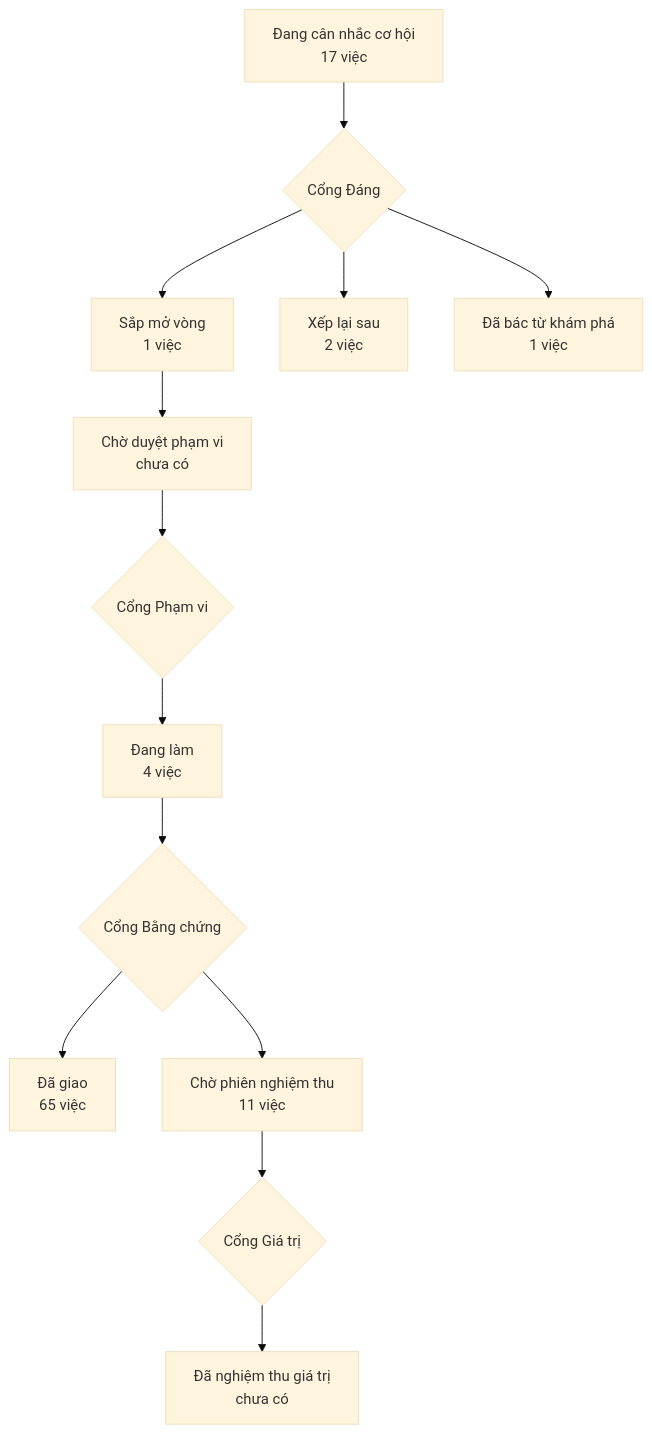
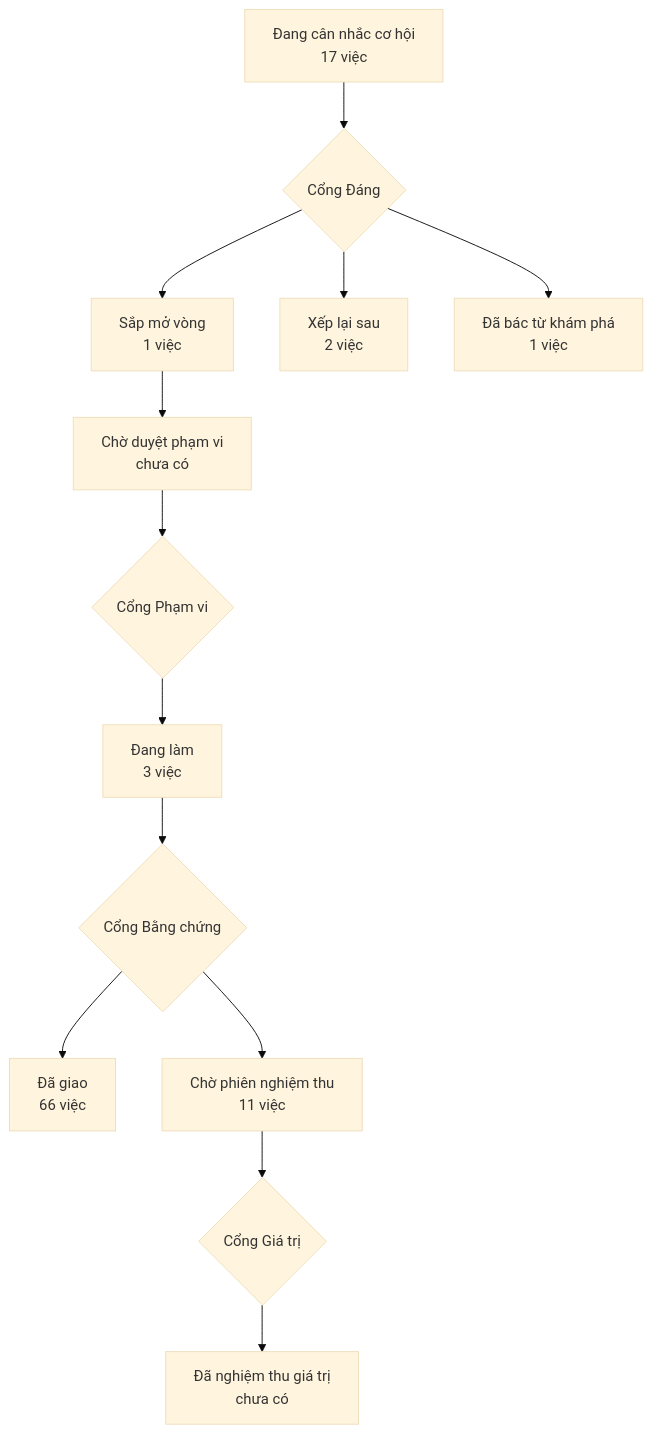
Before and after one commit to phanlemanh/acceptance-gate-kit: the diagram in PRODUCT-MAP.md, drawn with Mermaid (base theme). The commit also changed 3 other files, not shown here.

````diff
--- a/PRODUCT-MAP.md
+++ b/PRODUCT-MAP.md
@@ -6,12 +6,12 @@
 ```mermaid
 flowchart TD
   A["Đang cân nhắc cơ hội<br/>17 việc"] --> GD{"Cổng Đáng"}
   GD --> B["Sắp mở vòng<br/>1 việc"]
   GD --> XL["Xếp lại sau<br/>2 việc"]
   GD --> DB["Đã bác từ khám phá<br/>1 việc"]
   B --> CD["Chờ duyệt phạm vi<br/>chưa có"] --> GP{"Cổng Phạm vi"}
-  GP --> DL["Đang làm<br/>4 việc"] --> GB{"Cổng Bằng chứng"}
-  GB --> DG["Đã giao<br/>65 việc"]
+  GP --> DL["Đang làm<br/>3 việc"] --> GB{"Cổng Bằng chứng"}
+  GB --> DG["Đã giao<br/>66 việc"]
   GB --> CN["Chờ phiên nghiệm thu<br/>11 việc"] --> GG{"Cổng Giá trị"}
   GG --> NT["Đã nghiệm thu giá trị<br/>chưa có"]
 ```
````
